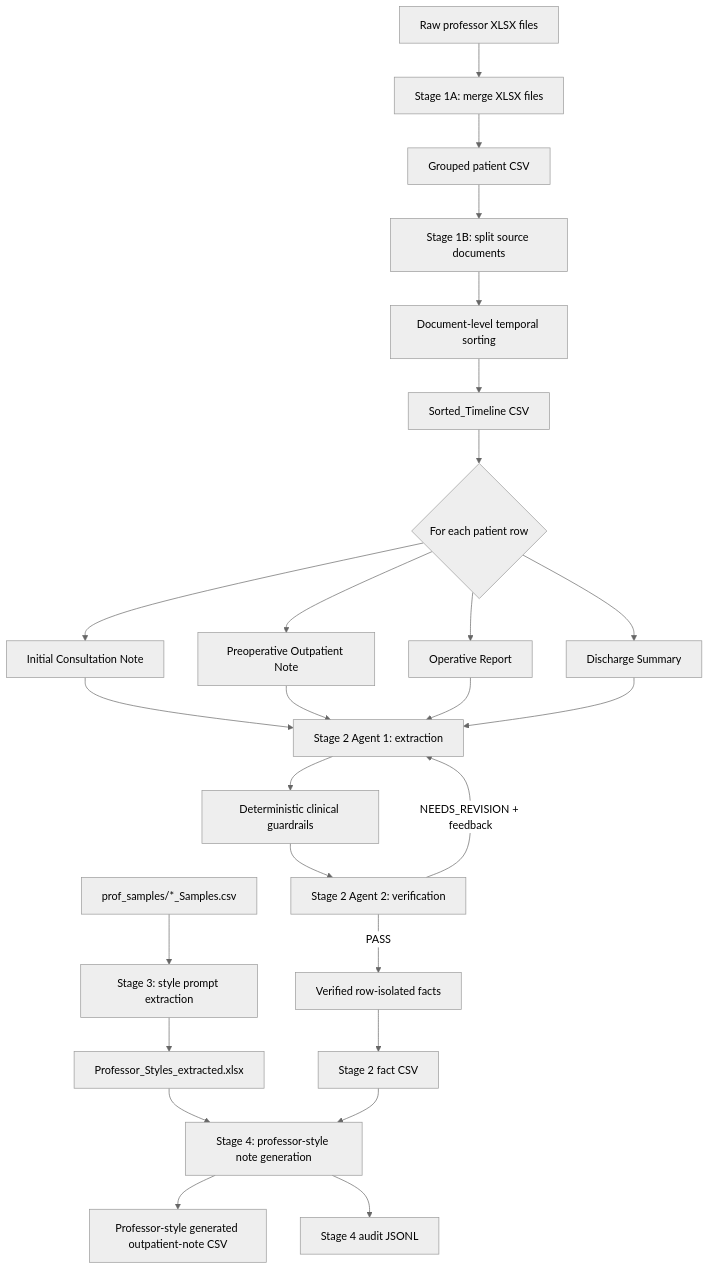
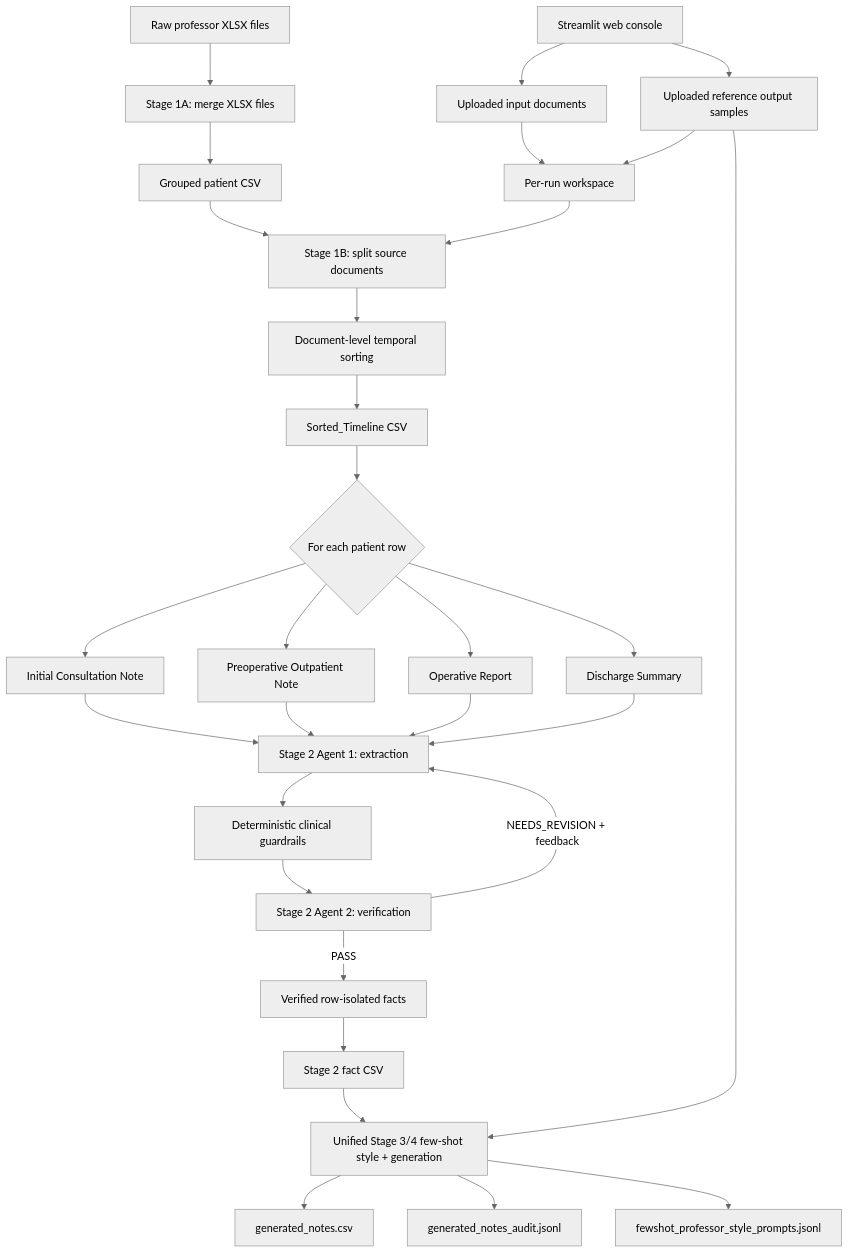
Before and after one commit to seung-hoon-lee/Medical_Report_Summarization_Agent: the diagram in README.md, drawn with Mermaid (neutral theme). The commit also changed other lines of this file, not shown here.

Commit message:
Update README for Streamlit web workflow

````diff
--- a/README.md
+++ b/README.md
@@ -43,29 +41,33 @@
 ```mermaid
 flowchart TD
     A[Raw professor XLSX files] --> B[Stage 1A: merge XLSX files]
     B --> C[Grouped patient CSV]
     C --> D[Stage 1B: split source documents]
     D --> E[Document-level temporal sorting]
     E --> F[Sorted_Timeline CSV]
     F --> G{For each patient row}
     G --> H[Initial Consultation Note]
     G --> I[Preoperative Outpatient Note]
     G --> J[Operative Report]
     G --> K[Discharge Summary]
     H --> L[Stage 2 Agent 1: extraction]
     I --> L
     J --> L
     K --> L
     L --> M[Deterministic clinical guardrails]
     M --> N[Stage 2 Agent 2: verification]
     N -->|PASS| O[Verified row-isolated facts]
     N -->|NEEDS_REVISION + feedback| L
     O --> P[Stage 2 fact CSV]
 
-    Q["prof_samples/*_Samples.csv"] --> R[Stage 3: style prompt extraction]
-    R --> S[Professor_Styles_extracted.xlsx]
-    S --> T[Stage 4: professor-style note generation]
-    P --> T
-    T --> U[Professor-style generated outpatient-note CSV]
-    T --> V[Stage 4 audit JSONL]
+    W[Streamlit web console] --> X[Uploaded input documents]
+    W --> Y[Uploaded reference output samples]
+    X --> Z[Per-run workspace]
+    Y --> Z
+    Z --> D
+    P --> R[Unified Stage 3/4 few-shot style + generation]
+    Y --> R
+    R --> U[generated_notes.csv]
+    R --> V[generated_notes_audit.jsonl]
+    R --> S[fewshot_professor_style_prompts.jsonl]
 ```
````
